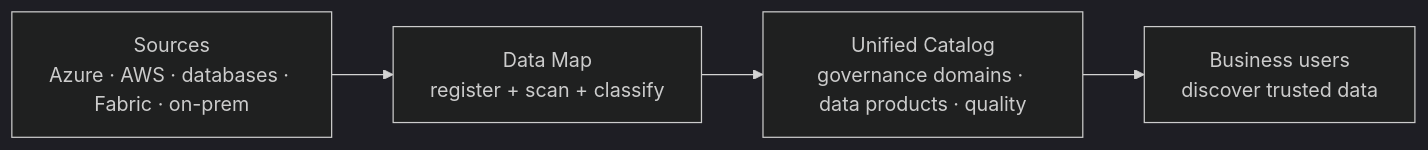
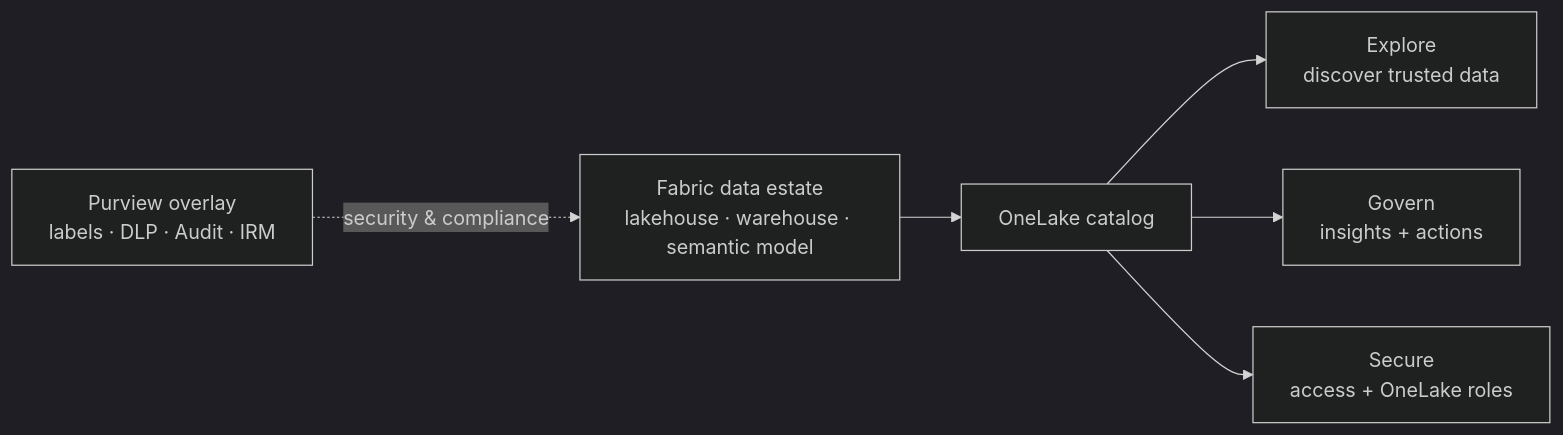
Before and after one commit to indra-pr/msft-security-workshop: the diagram in docs/purview/data-governance/index.md, drawn with Mermaid (dark theme). The commit also changed other lines of this file and 11 other files, not shown here.

Commit message:
Data Governance: replace Purview Data Map + Unified Catalog with OneLake catalog (Fabric) - two labs (Discover & govern; Secure), rewrite overview, update nav + all inbound refs; Purview kept only as security/compliance overlay on Fabric

````diff
--- a/docs/purview/data-governance/index.md
+++ b/docs/purview/data-governance/index.md
@@ -20,6 +21,8 @@
 ```mermaid
 flowchart LR
-    S["Sources<br/>Azure · AWS · databases · Fabric · on-prem"] --> DM["Data Map<br/>register + scan + classify"]
-    DM --> UC["Unified Catalog<br/>governance domains · data products · quality"]
-    UC --> U["Business users<br/>discover trusted data"]
+    Est["Fabric data estate<br/>lakehouse · warehouse · semantic model"] --> Cat["OneLake catalog"]
+    Cat --> EX["Explore<br/>discover trusted data"]
+    Cat --> GOV["Govern<br/>insights + actions"]
+    Cat --> SEC["Secure<br/>access + OneLake roles"]
+    Pur["Purview overlay<br/>labels · DLP · Audit · IRM"] -. security & compliance .-> Est
 ```
````
